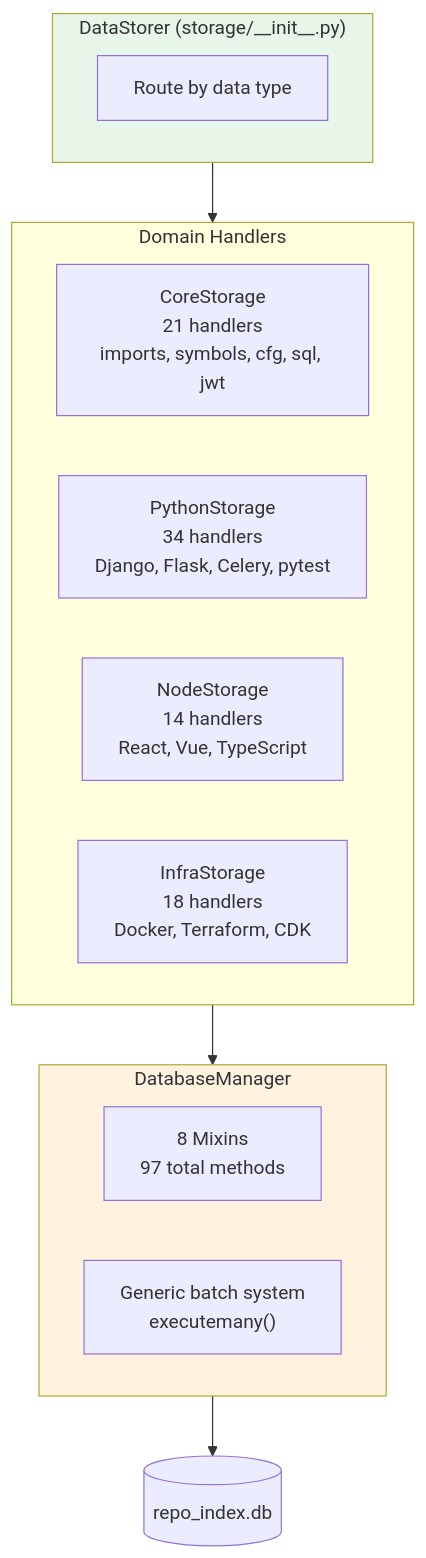
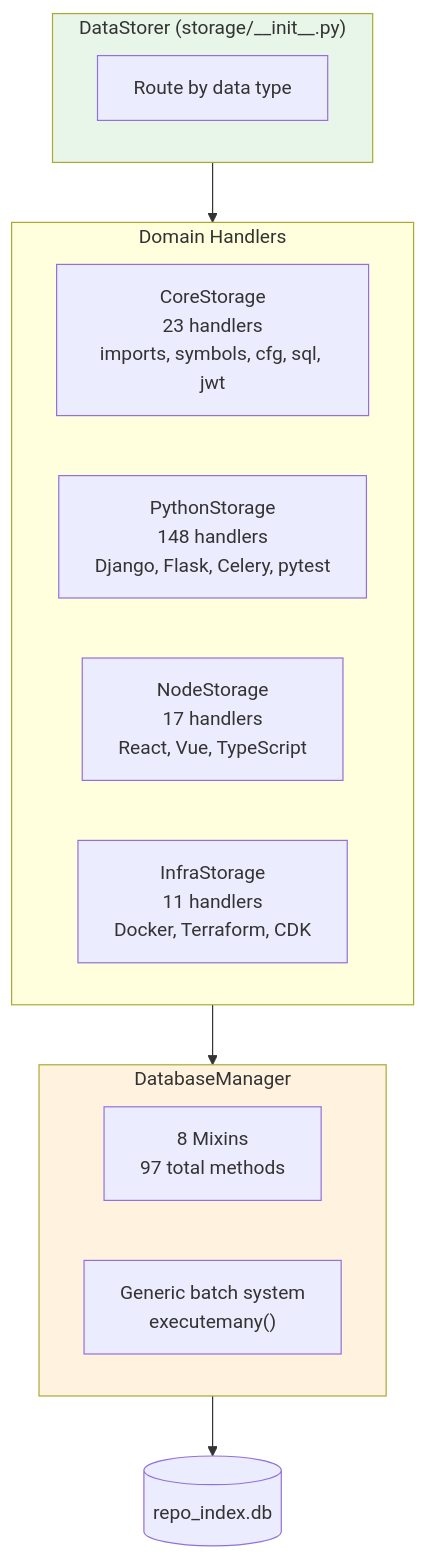
One commit to TheAuditorTool/Auditor changed the ninth of 19 diagrams in System_flows.md. Above: the diagram before and after it, drawn with Mermaid. The commit also changed other lines of this file and 5 other files, not shown here.

````diff
--- a/System_flows.md
+++ b/System_flows.md
@@ -331,26 +330,26 @@
 ```mermaid
 flowchart TB
     subgraph DataStorer["DataStorer (storage/__init__.py)"]
         ROUTE["Route by data type"]
     end
 
     subgraph Handlers["Domain Handlers"]
-        CORE["CoreStorage<br/>21 handlers<br/>imports, symbols, cfg, sql, jwt"]
-        PY["PythonStorage<br/>34 handlers<br/>Django, Flask, Celery, pytest"]
-        NODE["NodeStorage<br/>14 handlers<br/>React, Vue, TypeScript"]
-        INFRA["InfraStorage<br/>18 handlers<br/>Docker, Terraform, CDK"]
+        CORE["CoreStorage<br/>23 handlers<br/>imports, symbols, cfg, sql, jwt"]
+        PY["PythonStorage<br/>148 handlers<br/>Django, Flask, Celery, pytest"]
+        NODE["NodeStorage<br/>17 handlers<br/>React, Vue, TypeScript"]
+        INFRA["InfraStorage<br/>11 handlers<br/>Docker, Terraform, CDK"]
     end
 
     DataStorer --> Handlers
 
     subgraph DB["DatabaseManager"]
         MIX["8 Mixins<br/>97 total methods"]
         BATCH["Generic batch system<br/>executemany()"]
     end
 
     Handlers --> DB
     DB --> SQLITE[(repo_index.db)]
 
     style DataStorer fill:#e8f5e9
     style DB fill:#fff3e0
 ```
````
